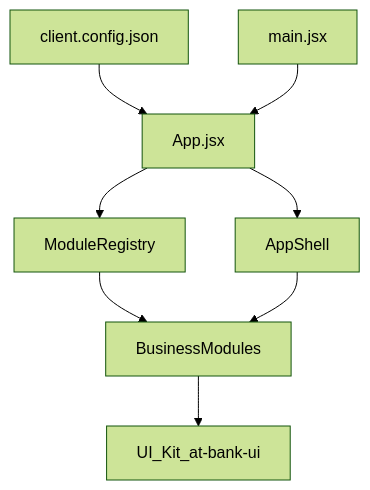
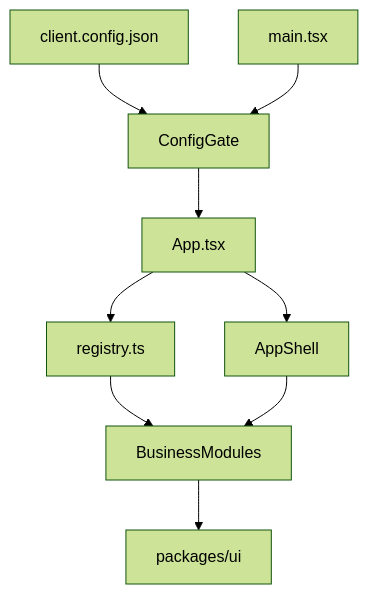
One commit to hrmonic/banktestapp changed the diagram in docs/en/architecture.md. Above: the diagram before and after it, drawn with Mermaid (forest theme). The commit also changed other lines of this file and 239 other files, not shown here.

````diff
--- a/docs/en/architecture.md
+++ b/docs/en/architecture.md
@@ -34,18 +61,20 @@
 ```mermaid
 flowchart TD
   clientConfig[client.config.json]
-  mainEntry[main.jsx]
-  appRoot[App.jsx]
+  mainEntry[main.tsx]
+  configGate[ConfigGate]
+  appRoot[App.tsx]
   appShell[AppShell]
-  moduleRegistry[ModuleRegistry]
+  moduleRegistry[registry.ts]
   modules[BusinessModules]
-  uiKit[UI_Kit_at-bank-ui]
+  uiKit[packages/ui]
 
-  clientConfig --> appRoot
-  mainEntry --> appRoot
+  clientConfig --> configGate
+  mainEntry --> configGate
+  configGate --> appRoot
   appRoot --> moduleRegistry
   moduleRegistry --> modules
   appRoot --> appShell
   appShell --> modules
   modules --> uiKit
 ```
````
